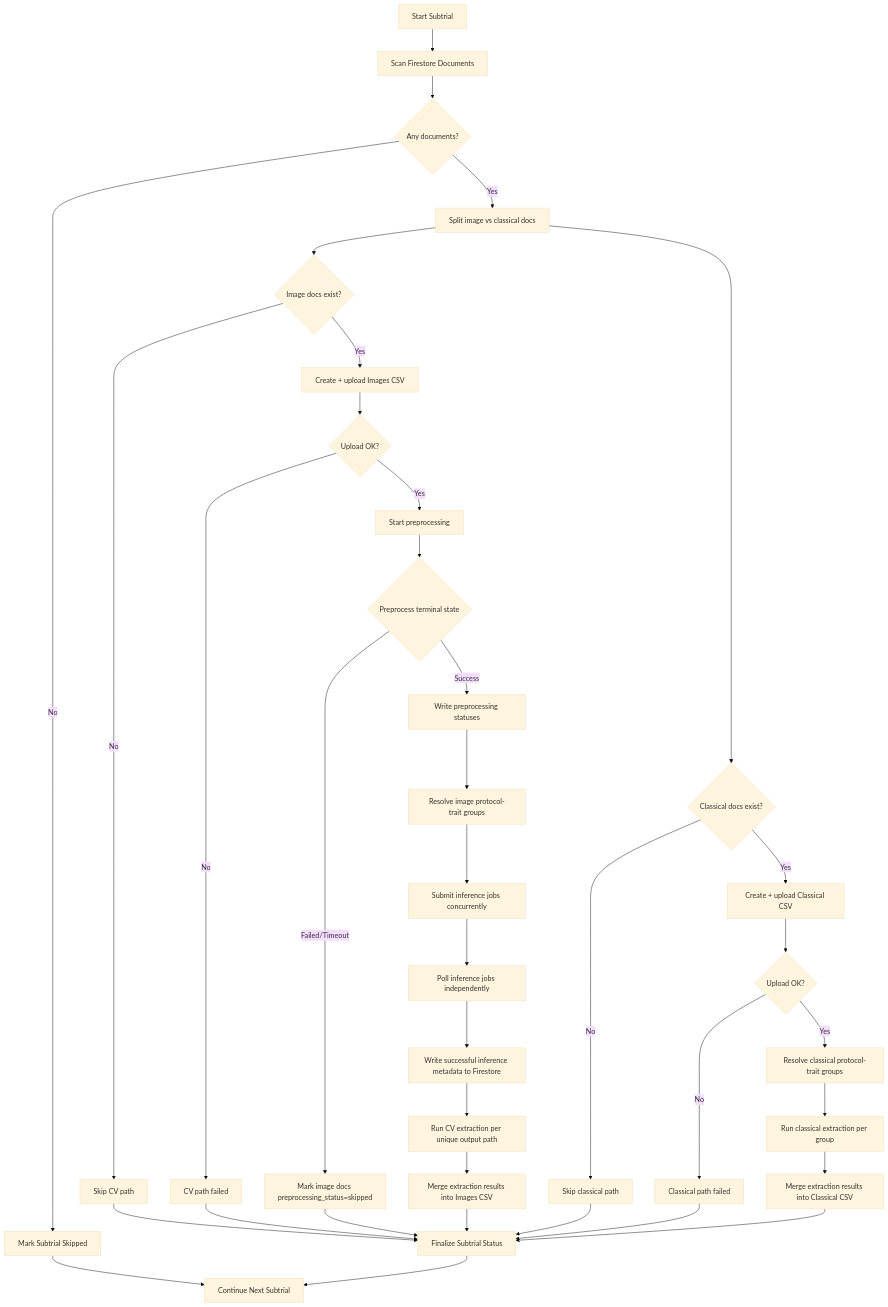
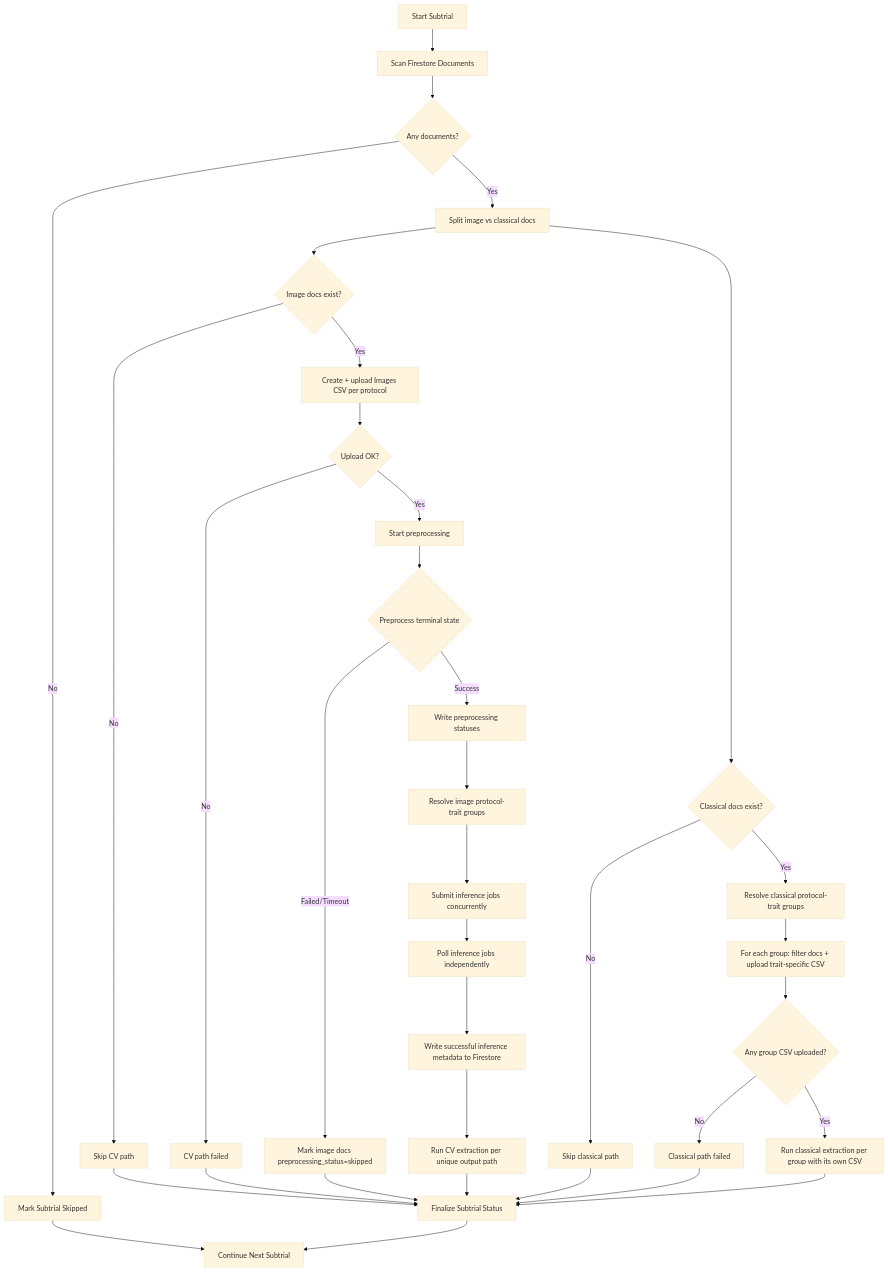
One commit to BhavikMehta57/ona-mlops-cron-job changed the third of 8 diagrams in daily_pipeline_design_pack.md. Above: the diagram before and after it, drawn with Mermaid (base theme). The commit also changed other lines of this file and 2 other files, not shown here.

````diff
--- a/daily_pipeline_design_pack.md
+++ b/daily_pipeline_design_pack.md
@@ -259,42 +296,40 @@
 ```mermaid
 flowchart TD
     A[Start Subtrial] --> B[Scan Firestore Documents]
     B --> C{Any documents?}
     C -->|No| Z[Mark Subtrial Skipped]
     C -->|Yes| D[Split image vs classical docs]
 
     D --> ICSV{Image docs exist?}
     ICSV -->|No| ISKIP[Skip CV path]
-    ICSV -->|Yes| I1[Create + upload Images CSV]
+    ICSV -->|Yes| I1[Create + upload Images CSV per protocol]
     I1 --> I2{Upload OK?}
     I2 -->|No| IF[CV path failed]
     I2 -->|Yes| I3[Start preprocessing]
     I3 --> I4{Preprocess terminal state}
     I4 -->|Failed/Timeout| I5[Mark image docs preprocessing_status=skipped]
     I4 -->|Success| I6[Write preprocessing statuses]
     I6 --> I7[Resolve image protocol-trait groups]
     I7 --> I8[Submit inference jobs concurrently]
     I8 --> I9[Poll inference jobs independently]
     I9 --> I10[Write successful inference metadata to Firestore]
     I10 --> I11[Run CV extraction per unique output path]
-    I11 --> I12[Merge extraction results into Images CSV]
 
     D --> CCSV{Classical docs exist?}
     CCSV -->|No| CSKIP[Skip classical path]
-    CCSV -->|Yes| C1[Create + upload Classical CSV]
-    C1 --> C2{Upload OK?}
+    CCSV -->|Yes| C0[Resolve classical protocol-trait groups]
+    C0 --> C1[For each group: filter docs + upload trait-specific CSV]
+    C1 --> C2{Any group CSV uploaded?}
     C2 -->|No| CF[Classical path failed]
-    C2 -->|Yes| C3[Resolve classical protocol-trait groups]
-    C3 --> C4[Run classical extraction per group]
-    C4 --> C5[Merge extraction results into Classical CSV]
+    C2 -->|Yes| C4[Run classical extraction per group with its own CSV]
 
     ISKIP --> END[Finalize Subtrial Status]
     IF --> END
     I5 --> END
-    I12 --> END
+    I11 --> END
     CSKIP --> END
     CF --> END
-    C5 --> END
+    C4 --> END
     Z --> DONE[Continue Next Subtrial]
     END --> DONE
 ```
````
